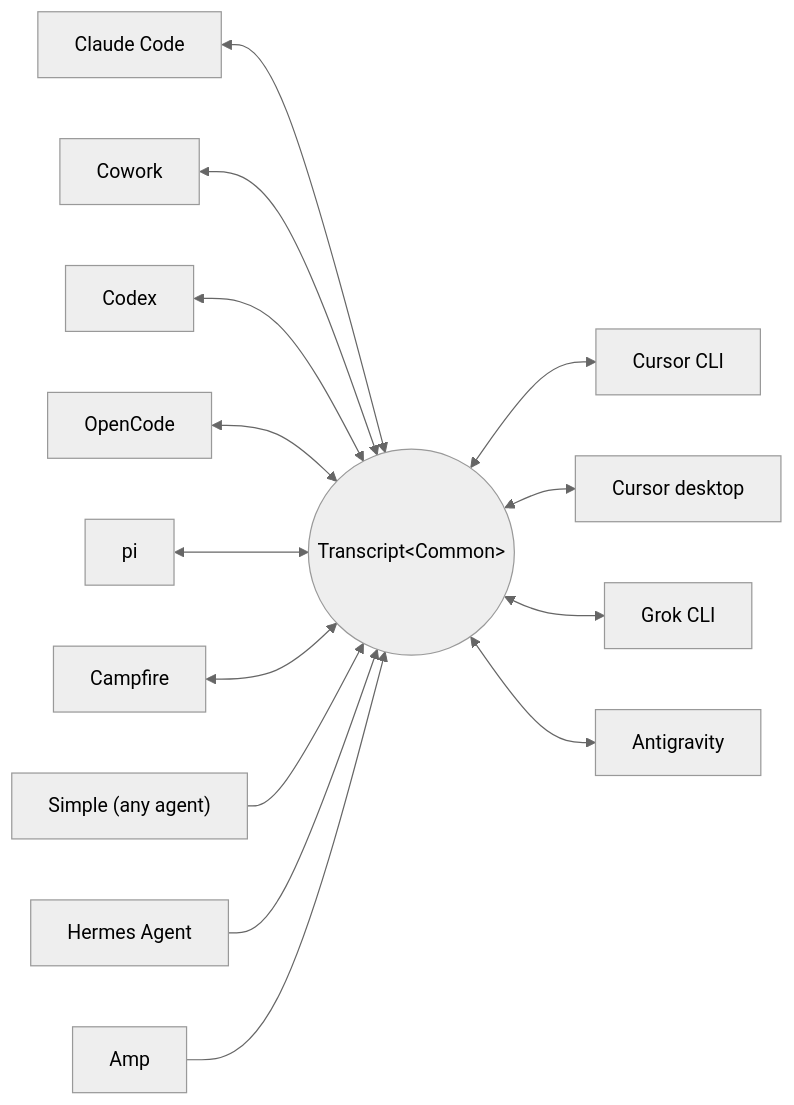
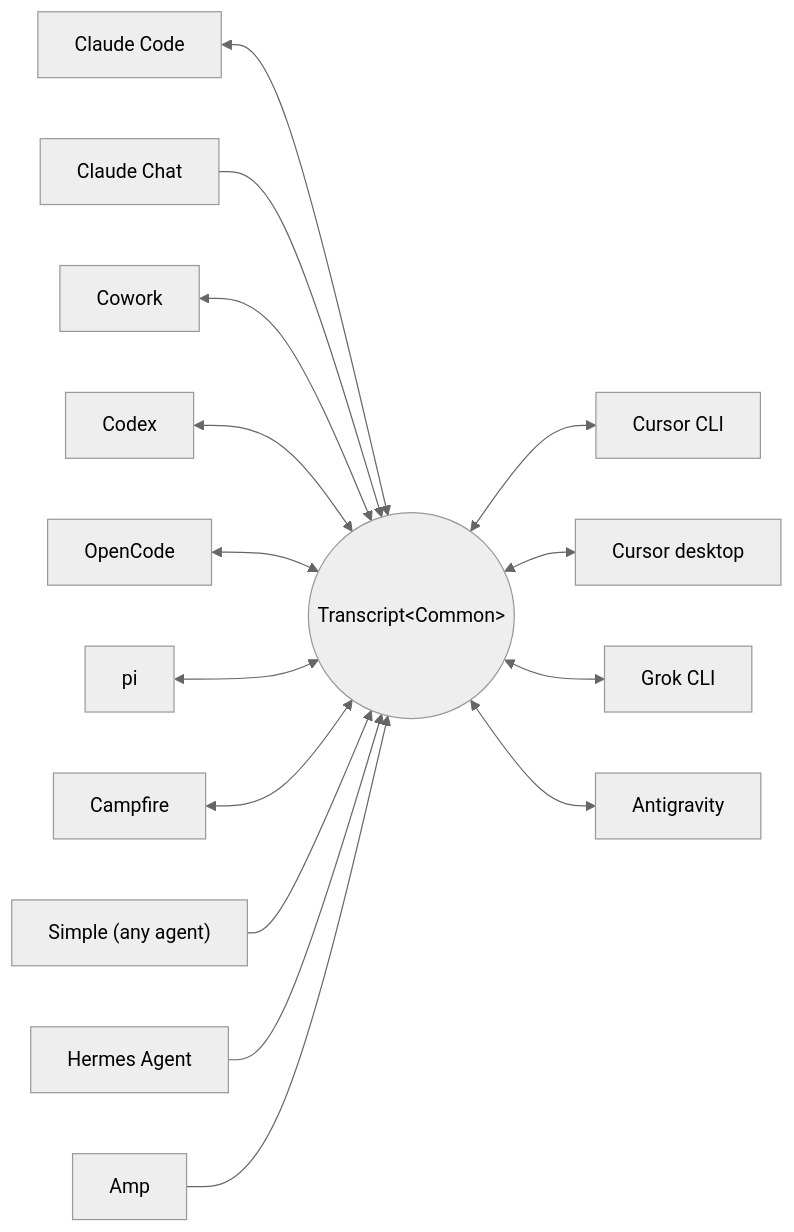
The diagram in README.md (Adityakk9031/txcript), drawn with Mermaid (neutral theme) before and after one commit. The commit also changed other lines of this file and 39 other files, not shown here.

Commit message:
feat: add pull-only Claude Chat support

````diff
--- a/README.md
+++ b/README.md
@@ -60,16 +60,17 @@
 ```mermaid
 flowchart LR
     claude["Claude Code"] <--> common(("Transcript&lt;Common&gt;"))
+    claudechat["Claude Chat"] --> common
     cowork["Cowork"] <--> common
     codex["Codex"] <--> common
     opencode["OpenCode"] <--> common
     pi["pi"] <--> common
     campfire["Campfire"] <--> common
     common <--> cursor["Cursor CLI"]
     common <--> cursordesktop["Cursor desktop"]
     common <--> grok["Grok CLI"]
     common <--> antigravity["Antigravity"]
     simple["Simple (any agent)"] --> common
     hermes["Hermes Agent"] --> common
     amp["Amp"] --> common
 ```
````
